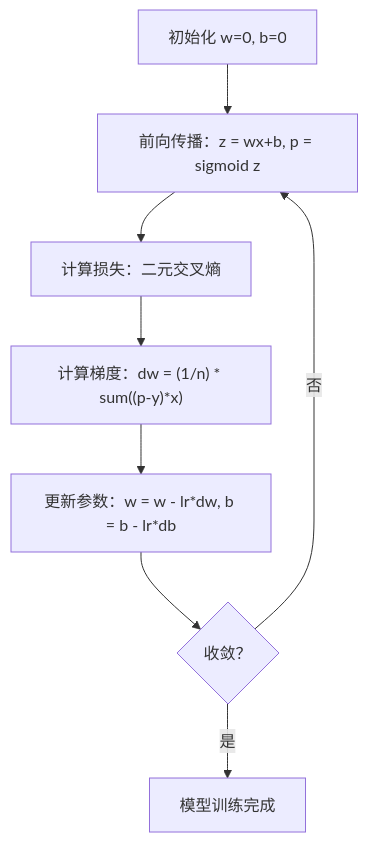
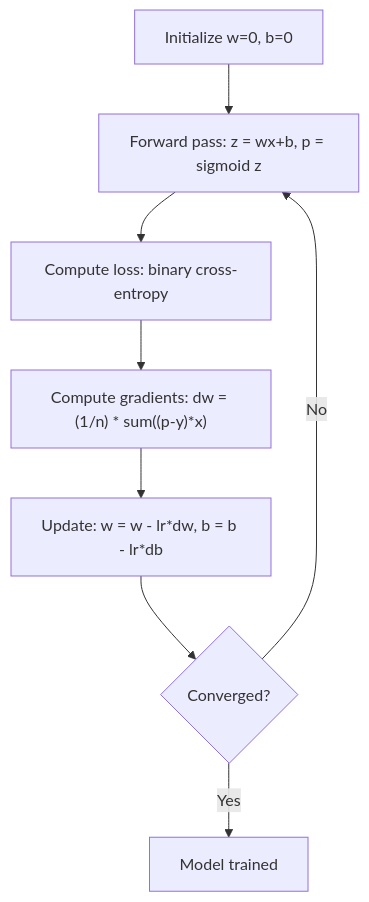
Before and after one commit to xiaojiaenen/ai-engineering-from-scratch-zh: the second of 2 diagrams in i18n/zh/phases/02-ml-fundamentals/03-logistic-regression/docs/zh.md, drawn with Mermaid. The commit also changed other lines of this file and 18 other files, not shown here.

````diff
--- a/i18n/zh/phases/02-ml-fundamentals/03-logistic-regression/docs/zh.md
+++ b/i18n/zh/phases/02-ml-fundamentals/03-logistic-regression/docs/zh.md
@@ -102,10 +102,10 @@
 ```mermaid
 flowchart TD
-    A[初始化 w=0, b=0] --> B[前向传播：z = wx+b, p = sigmoid z]
-    B --> C[计算损失：二元交叉熵]
-    C --> D["计算梯度：dw = (1/n) * sum((p-y)*x)"]
-    D --> E[更新参数：w = w - lr*dw, b = b - lr*db]
-    E --> F{收敛？}
-    F -->|否| B
-    F -->|是| G[模型训练完成]
+    A[Initialize w=0, b=0] --> B[Forward pass: z = wx+b, p = sigmoid z]
+    B --> C[Compute loss: binary cross-entropy]
+    C --> D["Compute gradients: dw = (1/n) * sum((p-y)*x)"]
+    D --> E[Update: w = w - lr*dw, b = b - lr*db]
+    E --> F{Converged?}
+    F -->|No| B
+    F -->|Yes| G[Model trained]
 ```
````
